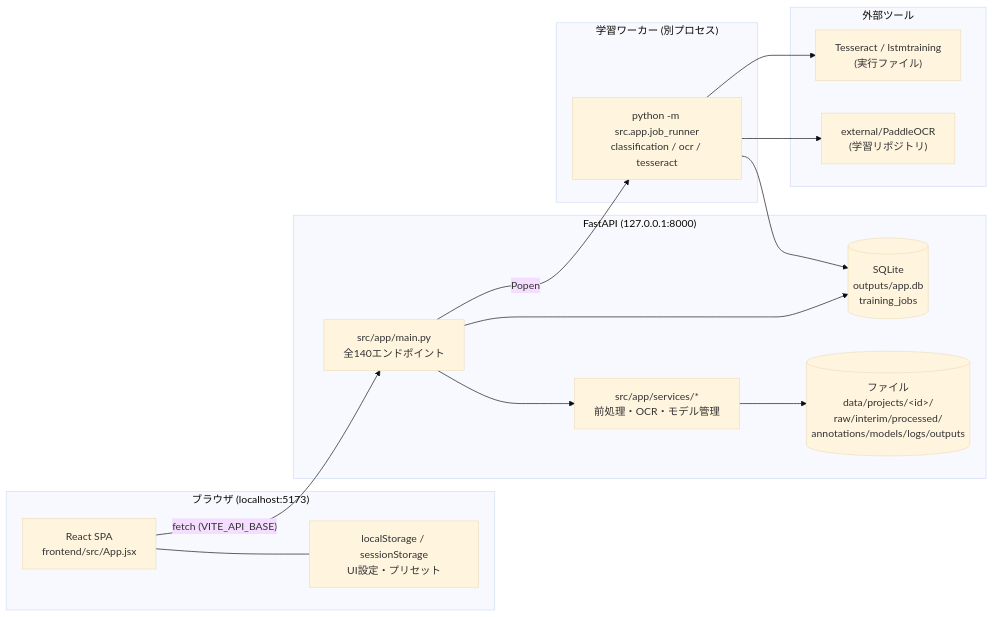
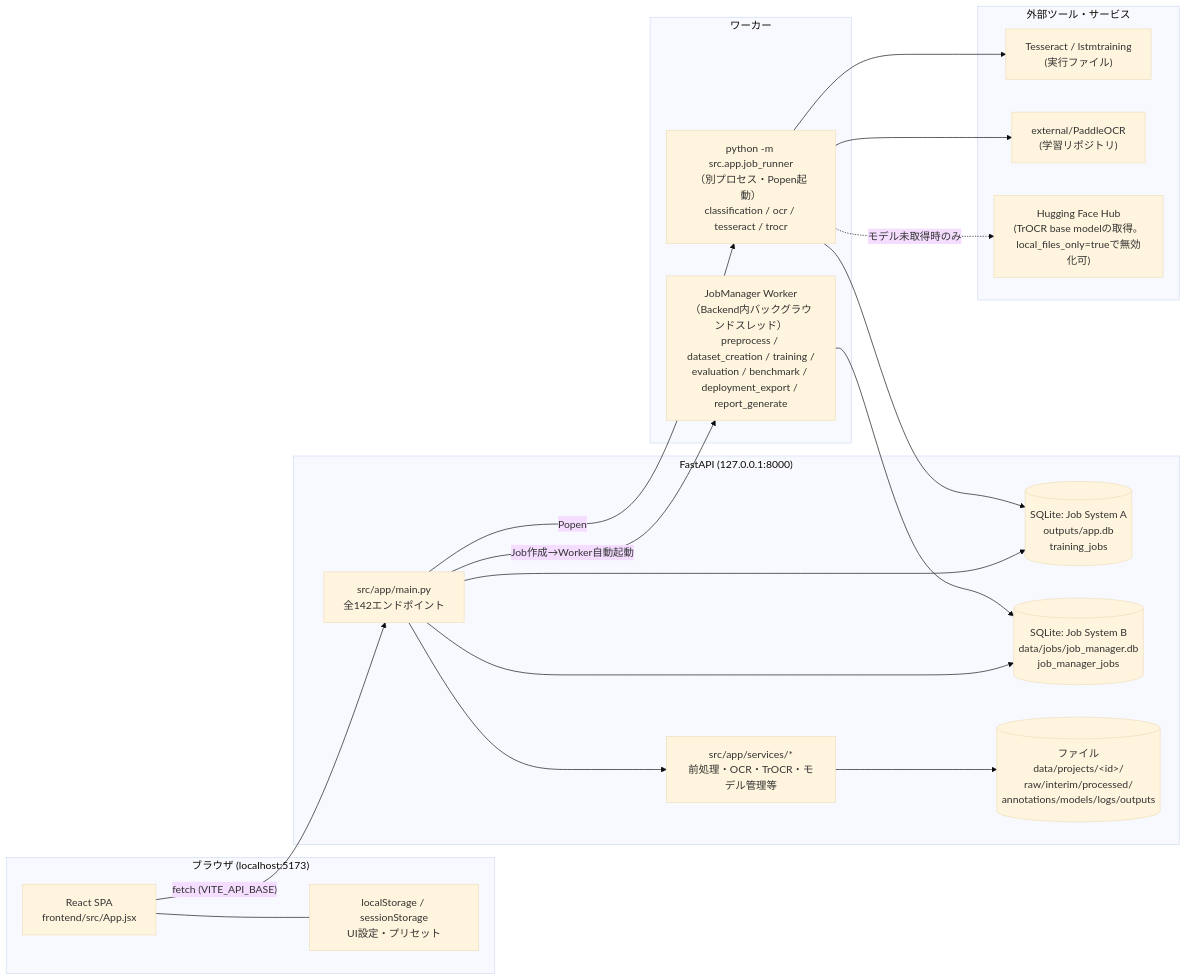
Before and after one commit to bs-shashimoto2048/OCR_Crafter: the first of 3 diagrams in docs/01_ARCHITECTURE.md, drawn with Mermaid (base theme). The commit also changed other lines of this file and 14 other files, not shown here.

````diff
--- a/docs/01_ARCHITECTURE.md
+++ b/docs/01_ARCHITECTURE.md
@@ -7,29 +7,36 @@
 ```mermaid
 flowchart LR
     subgraph Browser["ブラウザ (localhost:5173)"]
         UI["React SPA<br/>frontend/src/App.jsx"]
         LS["localStorage / sessionStorage<br/>UI設定・プリセット"]
     end
     subgraph Backend["FastAPI (127.0.0.1:8000)"]
-        API["src/app/main.py<br/>全140エンドポイント"]
-        SVC["src/app/services/*<br/>前処理・OCR・モデル管理"]
-        DB[("SQLite<br/>outputs/app.db<br/>training_jobs")]
+        API["src/app/main.py<br/>全142エンドポイント"]
+        SVC["src/app/services/*<br/>前処理・OCR・TrOCR・モデル管理等"]
+        DBA[("SQLite: Job System A<br/>outputs/app.db<br/>training_jobs")]
+        DBB[("SQLite: Job System B<br/>data/jobs/job_manager.db<br/>job_manager_jobs")]
         FS[("ファイル<br/>data/projects/&lt;id&gt;/<br/>raw/interim/processed/<br/>annotations/models/logs/outputs")]
     end
-    subgraph Workers["学習ワーカー (別プロセス)"]
-        JR["python -m src.app.job_runner<br/>classification / ocr / tesseract"]
+    subgraph Workers["ワーカー"]
+        JR["python -m src.app.job_runner<br/>（別プロセス・Popen起動）<br/>classification / ocr / tesseract / trocr"]
+        JW["JobManager Worker<br/>（Backend内バックグラウンドスレッド）<br/>preprocess / dataset_creation / training /<br/>evaluation / benchmark / deployment_export / report_generate"]
     end
-    subgraph External["外部ツール"]
+    subgraph External["外部ツール・サービス"]
         TESS["Tesseract / lstmtraining<br/>(実行ファイル)"]
         PDL["external/PaddleOCR<br/>(学習リポジトリ)"]
+        HF["Hugging Face Hub<br/>(TrOCR base modelの取得。<br/>local_files_only=trueで無効化可)"]
     end
     UI -- "fetch (VITE_API_BASE)" --> API
     UI --- LS
     API --> SVC
     SVC --> FS
-    API --> DB
+    API --> DBA
+    API --> DBB
     API -- "Popen" --> JR
-    JR --> DB
+    API -- "Job作成→Worker自動起動" --> JW
+    JR --> DBA
     JR --> TESS
     JR --> PDL
+    JR -. "モデル未取得時のみ" .-> HF
+    JW --> DBB
 ```
````
